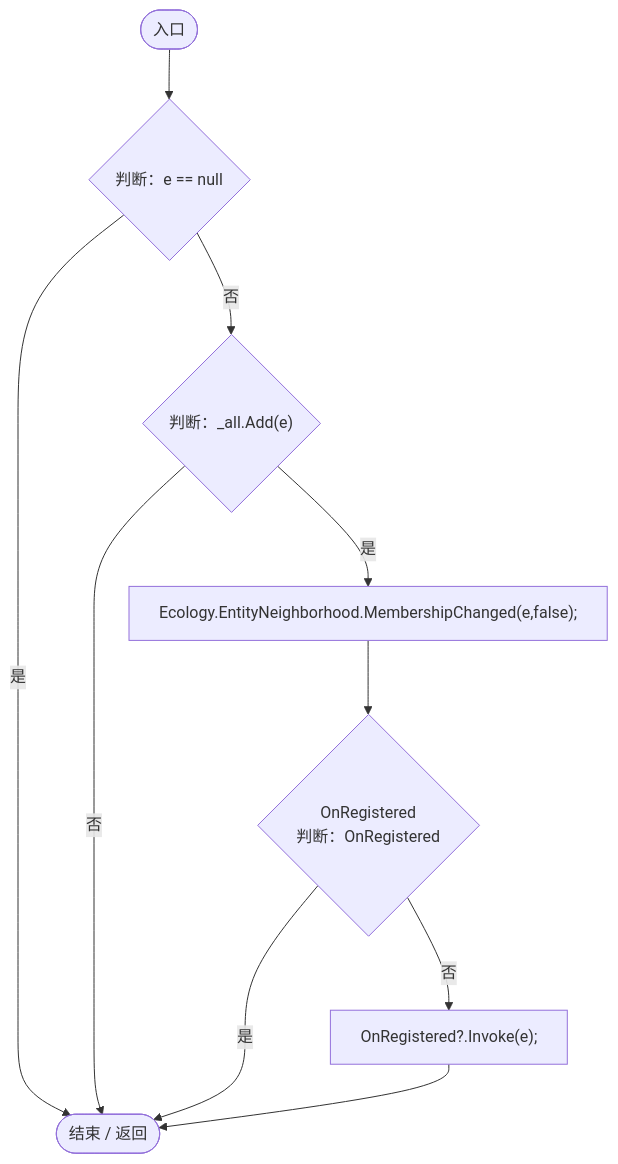
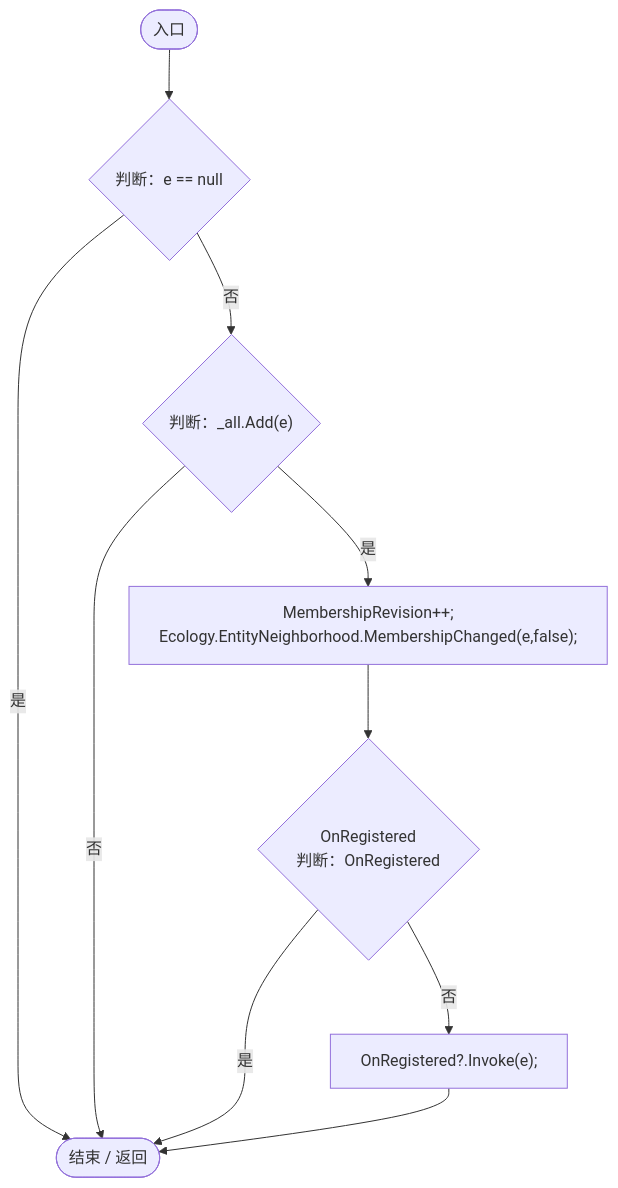
Before and after one commit to xhs6666/Darwin_paradise: the fourth of 6 diagrams in Docs/运行流程图/脚本/2093aaf08559c9f2.md, drawn with Mermaid. The commit also changed other lines of this file and 167 other files, not shown here.

````diff
--- a/Docs/运行流程图/脚本/2093aaf08559c9f2.md
+++ b/Docs/运行流程图/脚本/2093aaf08559c9f2.md
@@ -39,20 +79,20 @@
 ```mermaid
 flowchart TD
   b0(["入口"])
   b1{"判断：e == null"}
   b2{"判断：_all.Add(e)"}
-  b3["Ecology.EntityNeighborhood.MembershipChanged(e,false);"]
+  b3["MembershipRevision++;<br/>Ecology.EntityNeighborhood.MembershipChanged(e,false);"]
   b4{"OnRegistered<br/>判断：OnRegistered"}
   b5["OnRegistered?.Invoke(e);"]
   b6(["结束 / 返回"])
   b0 --> b1
   b1 -->|"否"| b2
   b1 -->|"是"| b6
   b2 -->|"否"| b6
   b2 -->|"是"| b3
   b3 --> b4
   b4 -->|"否"| b5
   b4 -->|"是"| b6
   b5 --> b6
 
 ```
````
